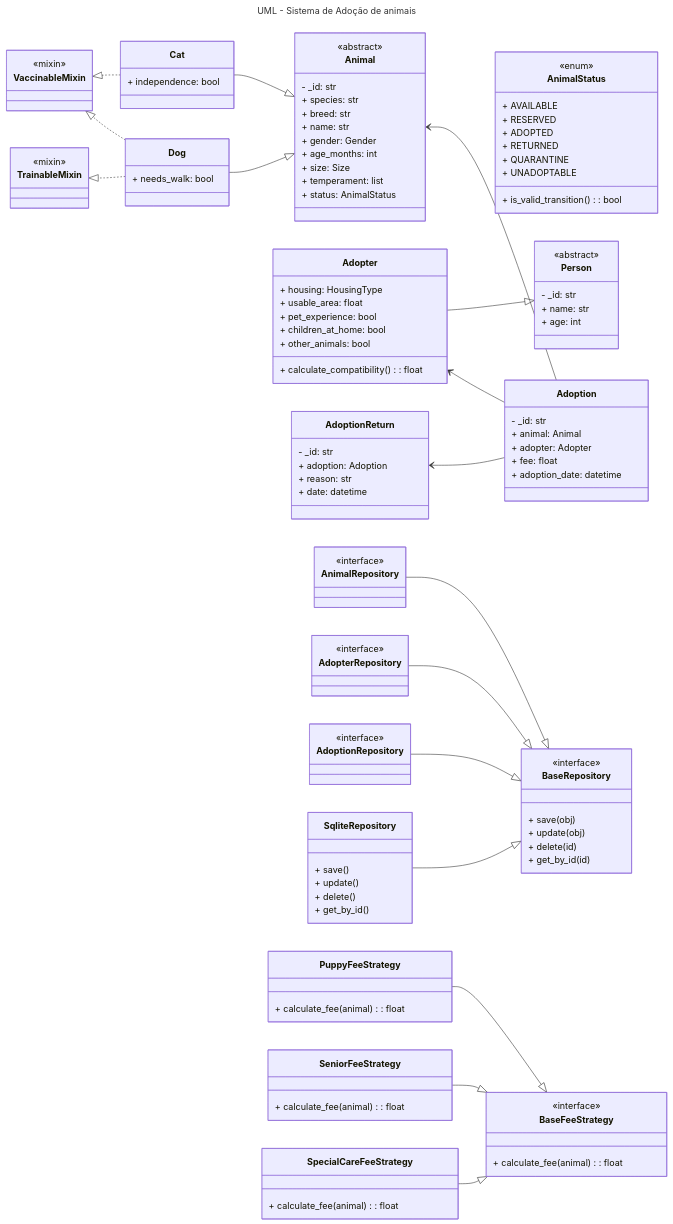
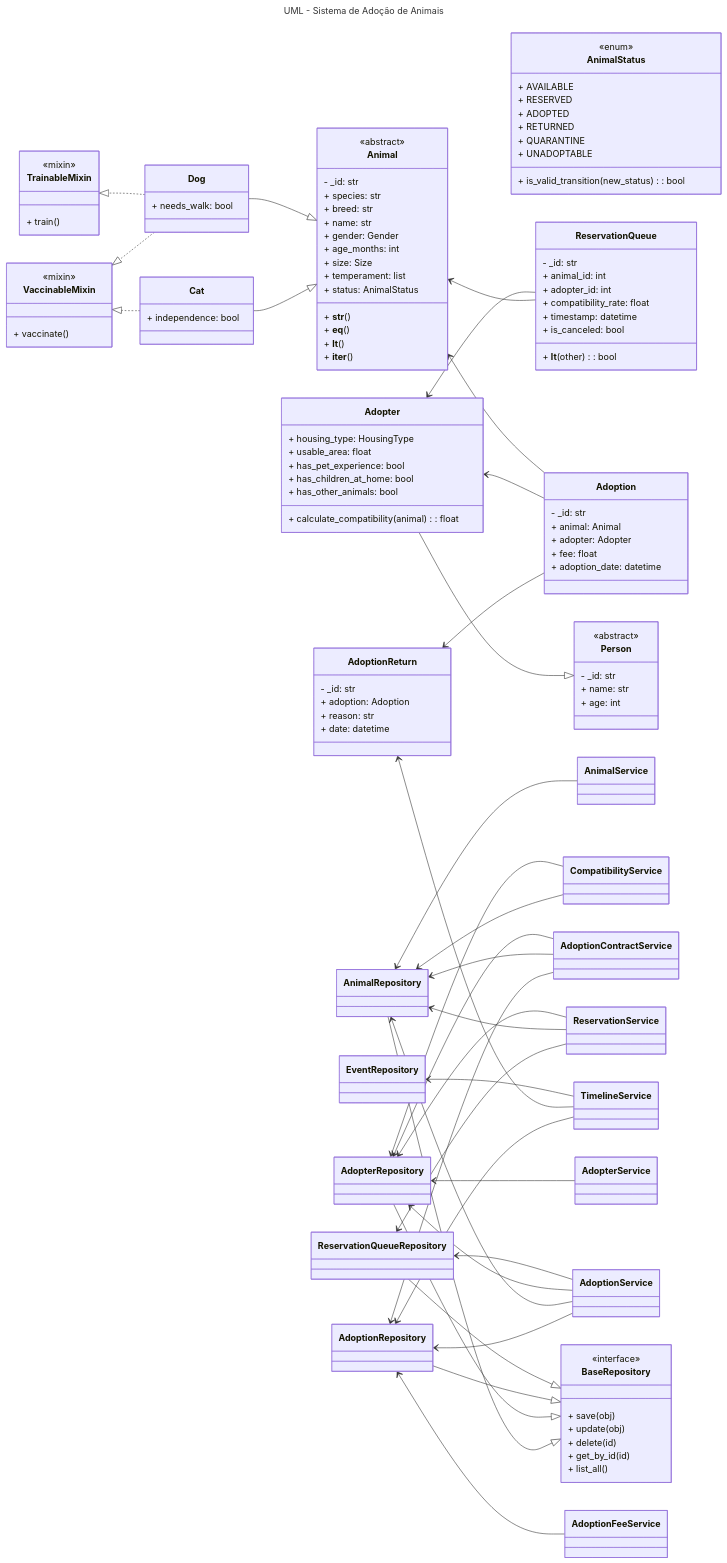
Before and after one commit to gabriel-so-santos/sis-adocao-animais: the diagram in README.md, drawn with Mermaid. The commit also changed other lines of this file, not shown here.

````diff
--- a/README.md
+++ b/README.md
@@ -77,6 +275,6 @@
 ```mermaid
 ---
-title: UML - Sistema de Adoção de animais
+title: UML - Sistema de Adoção de Animais
 ---
 classDiagram
     direction RL
@@ -96,17 +294,10 @@
         + size: Size
         + temperament: list
         + status: AnimalStatus
-    }
-
-    class AnimalStatus {
-        <<enum>>
-        + AVAILABLE
-        + RESERVED
-        + ADOPTED
-        + RETURNED
-        + QUARANTINE
-        + UNADOPTABLE
-        + is_valid_transition(): bool
+        + __str__()
+        + __eq__()
+        + __lt__()
+        + __iter__()
     }
 
     class Cat {
@@ -119,10 +310,12 @@
 
     class VaccinableMixin {
         <<mixin>>
+        + vaccinate()
     }
 
     class TrainableMixin {
         <<mixin>>
+        + train()
     }
 
     Animal <|-- Cat
@@ -130,6 +323,17 @@
     Cat ..|> VaccinableMixin
     Dog ..|> VaccinableMixin
     Dog ..|> TrainableMixin
+
+    class AnimalStatus {
+        <<enum>>
+        + AVAILABLE
+        + RESERVED
+        + ADOPTED
+        + RETURNED
+        + QUARANTINE
+        + UNADOPTABLE
+        + is_valid_transition(new_status): bool
+    }
 
     %% =========================
     %%     PEOPLE
@@ -143,12 +347,12 @@
     }
 
     class Adopter {
-        + housing: HousingType
+        + housing_type: HousingType
         + usable_area: float
-        + pet_experience: bool
-        + children_at_home: bool
-        + other_animals: bool
-        + calculate_compatibility(): float
+        + has_pet_experience: bool
+        + has_children_at_home: bool
+        + has_other_animals: bool
+        + calculate_compatibility(animal): float
     }
 
     Person <|-- Adopter
@@ -172,9 +376,21 @@
         + date: datetime
     }
 
+    class ReservationQueue {
+        - _id: str
+        + animal_id: int
+        + adopter_id: int
+        + compatibility_rate: float
+        + timestamp: datetime
+        + is_canceled: bool
+        + __lt__(other): bool
+    }
+
     Adoption --> AdoptionReturn
     Adoption --> Adopter
     Adoption --> Animal
+    ReservationQueue --> Animal
+    ReservationQueue --> Adopter
 
     %% =========================
     %%     REPOSITORIES
@@ -186,54 +402,48 @@
         + update(obj)
         + delete(id)
         + get_by_id(id)
+        + list_all()
     }
 
-    class AnimalRepository {
-        <<interface>>
-    }
-
-    class AdopterRepository {
-        <<interface>>
-    }
-
-    class AdoptionRepository {
-        <<interface>>
-    }
-
-    class SqliteRepository {
-        + save()
-        + update()
-        + delete()
-        + get_by_id()
-    }
+    class AnimalRepository
+    class AdopterRepository
+    class AdoptionRepository
+    class ReservationQueueRepository
 
     BaseRepository <|-- AnimalRepository
     BaseRepository <|-- AdopterRepository
     BaseRepository <|-- AdoptionRepository
-    BaseRepository <|-- SqliteRepository
-
+    BaseRepository <|-- ReservationQueueRepository
 
     %% =========================
-    %%     FEE STRATEGIES
+    %%       SERVICES
     %% =========================
-    class BaseFeeStrategy {
-        <<interface>>
-        + calculate_fee(animal): float
-    }
 
-    class PuppyFeeStrategy {
-        + calculate_fee(animal): float
-    }
+    class AnimalService
+    class AdopterService
+    class AdoptionService
+    class CompatibilityService
+    class ReservationService
+    class AdoptionContractService
+    class AdoptionFeeService
+    class TimelineService
 
-    class SeniorFeeStrategy {
-        + calculate_fee(animal): float
-    }
-
-    class SpecialCareFeeStrategy {
-        + calculate_fee(animal): float
-    }
-
-    BaseFeeStrategy <|-- PuppyFeeStrategy
-    BaseFeeStrategy <|-- SeniorFeeStrategy
-    BaseFeeStrategy <|-- SpecialCareFeeStrategy
+    AnimalService --> AnimalRepository
+    AdopterService --> AdopterRepository
+    AdoptionService --> AdoptionRepository
+    AdoptionService --> AnimalRepository
+    AdoptionService --> AdopterRepository
+    AdoptionService --> ReservationQueueRepository
+    CompatibilityService --> AnimalRepository
+    CompatibilityService --> AdopterRepository
+    ReservationService --> ReservationQueueRepository
+    ReservationService --> AnimalRepository
+    ReservationService --> AdopterRepository
+    AdoptionContractService --> AdoptionRepository
+    AdoptionContractService --> AnimalRepository
+    AdoptionContractService --> AdopterRepository
+    AdoptionFeeService --> AdoptionRepository
+    TimelineService --> AdoptionRepository
+    TimelineService --> AdoptionReturn
+    TimelineService --> EventRepository
 ```
````
